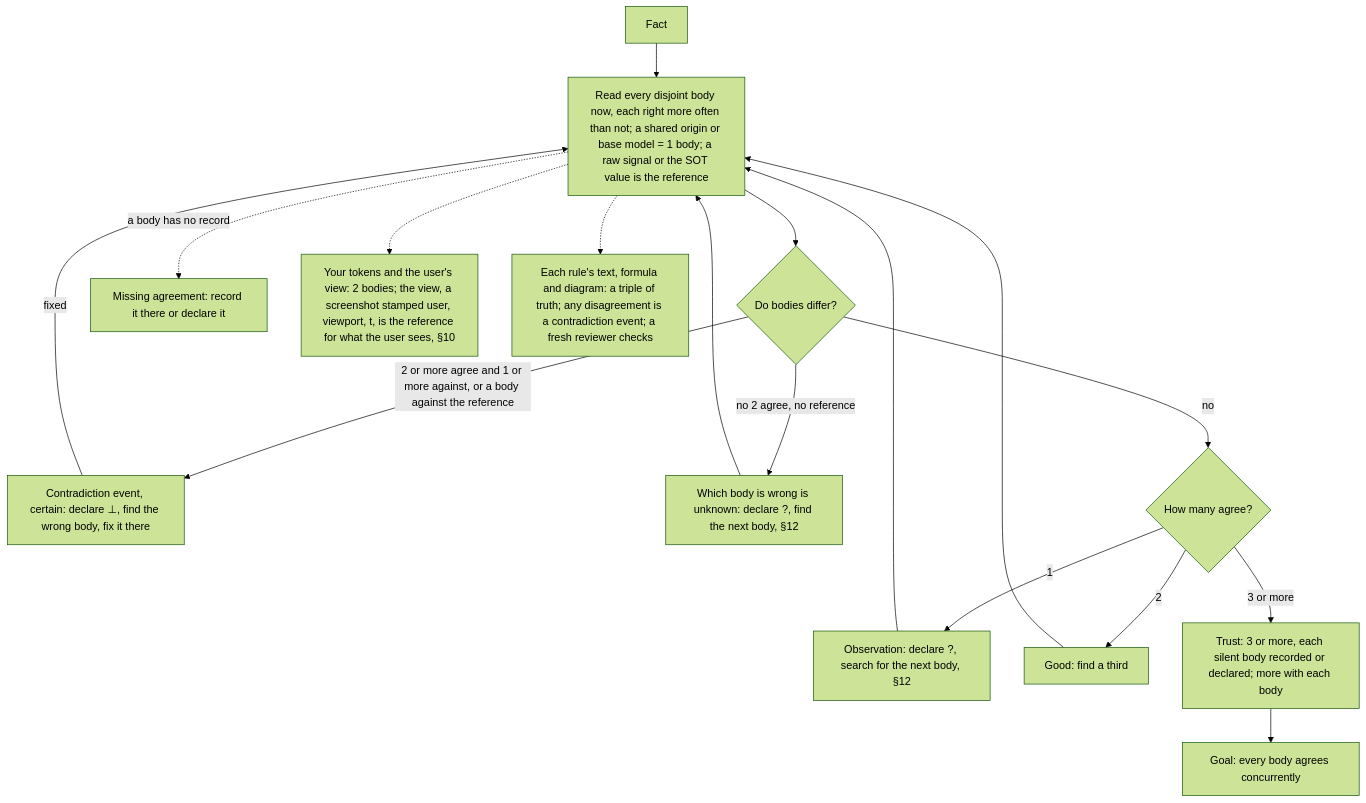
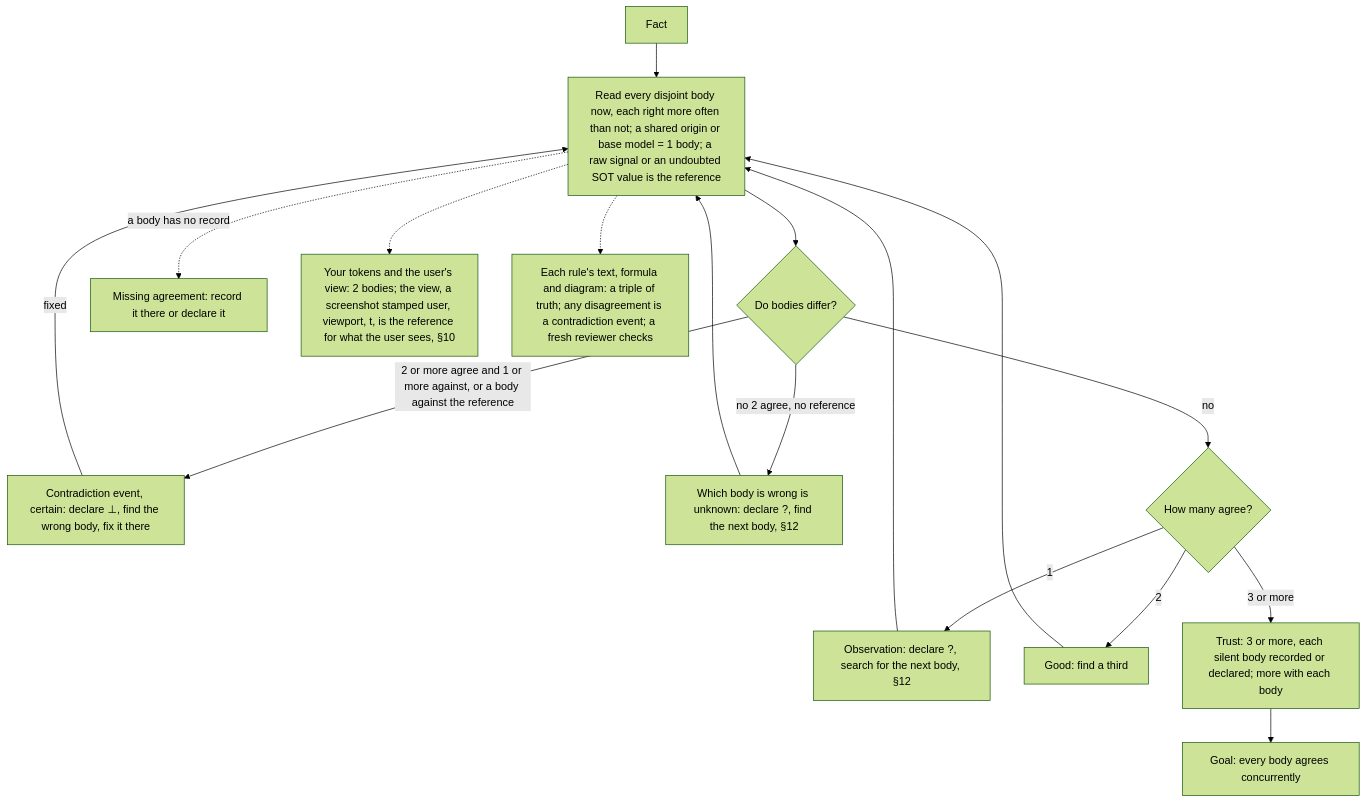
One commit to SolenixAI/arbiter changed diagram 14 of 14 in AGENTS.md. Above: the diagram before and after it, drawn with Mermaid (forest theme). The commit also changed other lines of this file, not shown here.

Commit message:
fix(agents): only an undoubted SOT is the reference; §6 scores what to build; taste no engine covers is the user's; a turn ends on a question only with no other work

````diff
--- a/AGENTS.md
+++ b/AGENTS.md
@@ -550,15 +550,15 @@
 ```mermaid
 flowchart TD
-  F[Fact] --> B["Read every disjoint body now, each right more often than not; a shared origin or base model = 1 body; a raw signal or the SOT value is the reference"]
+  F[Fact] --> B["Read every disjoint body now, each right more often than not; a shared origin or base model = 1 body; a raw signal or an undoubted SOT value is the reference"]
   B --> D{Do bodies differ?}
   D -->|2 or more agree and 1 or more against, or a body against the reference| C["Contradiction event, certain: declare ⊥, find the wrong body, fix it there"] -->|fixed| B
   D -->|no 2 agree, no reference| U["Which body is wrong is unknown: declare ?, find the next body, §12"] --> B
   D -->|no| N{How many agree?}
   N -->|1| O["Observation: declare ?, search for the next body, §12"] --> B
   N -->|2| G[Good: find a third] --> B
   N -->|3 or more| T["Trust: 3 or more, each silent body recorded or declared; more with each body"]
   B -.->|a body has no record| Mi[Missing agreement: record it there or declare it]
   B -.-> TP["Your tokens and the user's view: 2 bodies; the view, a screenshot stamped user, viewport, t, is the reference for what the user sees, §10"]
   B -.-> TR["Each rule's text, formula and diagram: a triple of truth; any disagreement is a contradiction event; a fresh reviewer checks"]
   T --> Goal[Goal: every body agrees concurrently]
 ```
````
